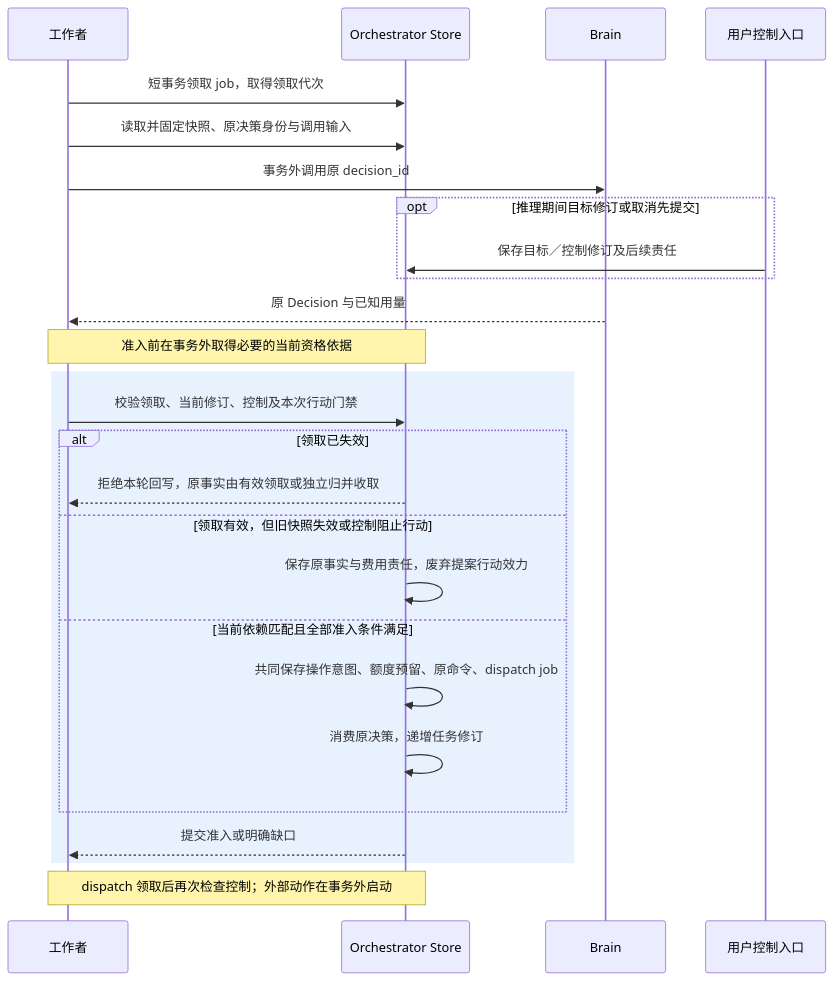
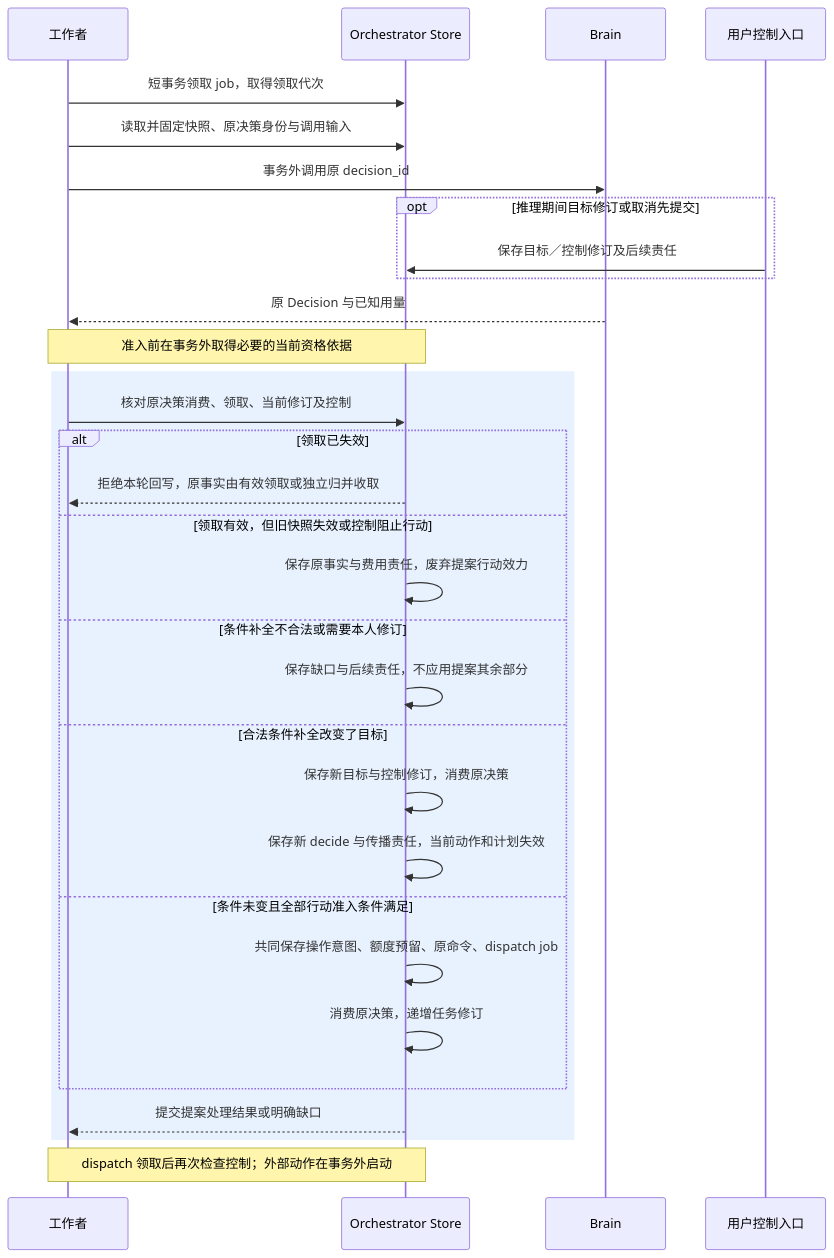
The fourth of 9 diagrams in docs/architecture/orchestrator/README.md (ruipengliu/lerna), drawn with Mermaid before and after one commit. The commit also changed other lines of this file and 83 other files, not shown here.

Commit message:
docs: refine architecture design and verification contracts

````diff
--- a/docs/architecture/orchestrator/README.md
+++ b/docs/architecture/orchestrator/README.md
@@ -138,28 +140,33 @@
 ```mermaid
 sequenceDiagram
     participant W as 工作者
     participant S as Orchestrator Store
     participant B as Brain
     participant U as 用户控制入口
     W->>S: 短事务领取 job，取得领取代次
     W->>S: 读取并固定快照、原决策身份与调用输入
     W->>B: 事务外调用原 decision_id
     opt 推理期间目标修订或取消先提交
       U->>S: 保存目标／控制修订及后续责任
     end
     B-->>W: 原 Decision 与已知用量
     Note over W,S: 准入前在事务外取得必要的当前资格依据
     rect rgb(232, 242, 255)
-      W->>S: 校验领取、当前修订、控制及本次行动门禁
+      W->>S: 核对原决策消费、领取、当前修订及控制
       alt 领取已失效
         S-->>W: 拒绝本轮回写，原事实由有效领取或独立归并收取
       else 领取有效，但旧快照失效或控制阻止行动
         S->>S: 保存原事实与费用责任，废弃提案行动效力
-      else 当前依赖匹配且全部准入条件满足
+      else 条件补全不合法或需要本人修订
+        S->>S: 保存缺口与后续责任，不应用提案其余部分
+      else 合法条件补全改变了目标
+        S->>S: 保存新目标与控制修订，消费原决策
+        S->>S: 保存新 decide 与传播责任，当前动作和计划失效
+      else 条件未变且全部行动准入条件满足
         S->>S: 共同保存操作意图、额度预留、原命令、dispatch job
         S->>S: 消费原决策，递增任务修订
       end
-      S-->>W: 提交准入或明确缺口
+      S-->>W: 提交提案处理结果或明确缺口
     end
     Note over W,S: dispatch 领取后再次检查控制；外部动作在事务外启动
 ```
````
